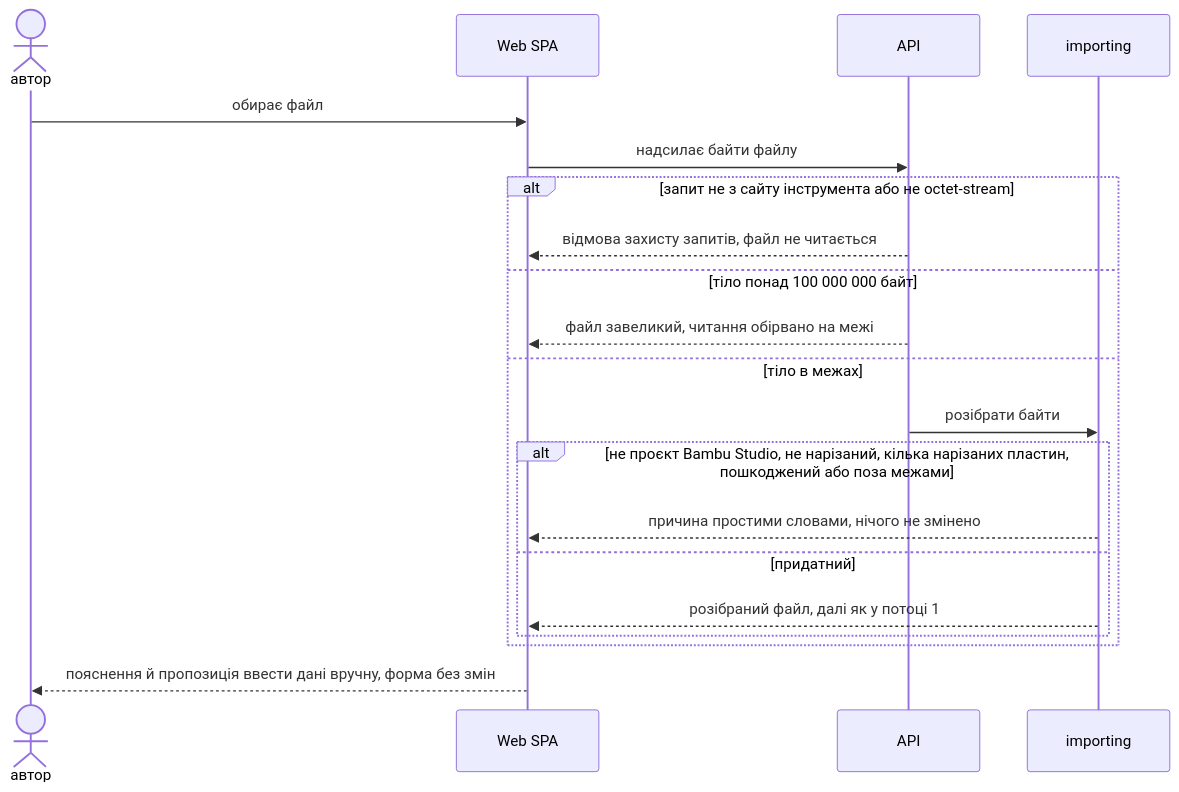
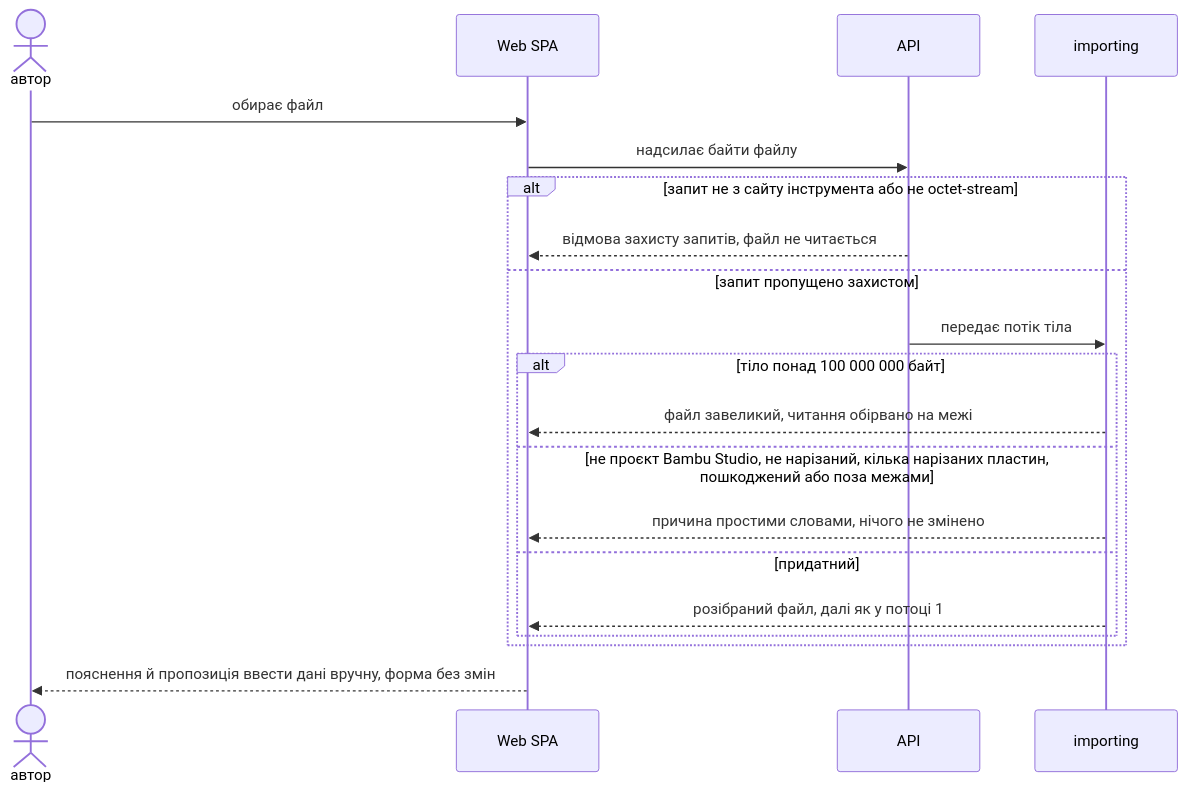
Before and after one commit to Gitboolean/calculate-3d: the fifth of 5 diagrams in docs/features/print-file-import/sad.md, drawn with Mermaid. The commit also changed other lines of this file and 3 other files, not shown here.

````diff
--- a/docs/features/print-file-import/sad.md
+++ b/docs/features/print-file-import/sad.md
@@ -278,23 +278,23 @@
 ```mermaid
 sequenceDiagram
     actor author as автор
     participant spa as Web SPA
     participant api as API
     participant importing as importing
 
     author->>spa: обирає файл
     spa->>api: надсилає байти файлу
     alt запит не з сайту інструмента або не octet-stream
         api-->>spa: відмова захисту запитів, файл не читається
-    else тіло понад 100 000 000 байт
-        api-->>spa: файл завеликий, читання обірвано на межі
-    else тіло в межах
-        api->>importing: розібрати байти
-        alt не проєкт Bambu Studio, не нарізаний, кілька нарізаних пластин, пошкоджений або поза межами
+    else запит пропущено захистом
+        api->>importing: передає потік тіла
+        alt тіло понад 100 000 000 байт
+            importing-->>spa: файл завеликий, читання обірвано на межі
+        else не проєкт Bambu Studio, не нарізаний, кілька нарізаних пластин, пошкоджений або поза межами
             importing-->>spa: причина простими словами, нічого не змінено
         else придатний
             importing-->>spa: розібраний файл, далі як у потоці 1
         end
     end
     spa-->>author: пояснення й пропозиція ввести дані вручну, форма без змін
 ```
````
